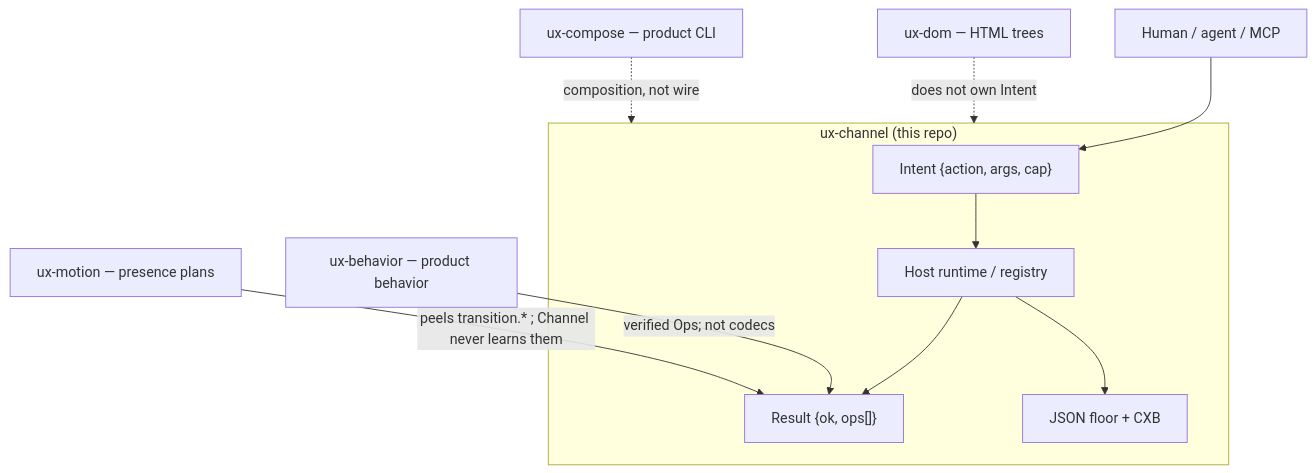
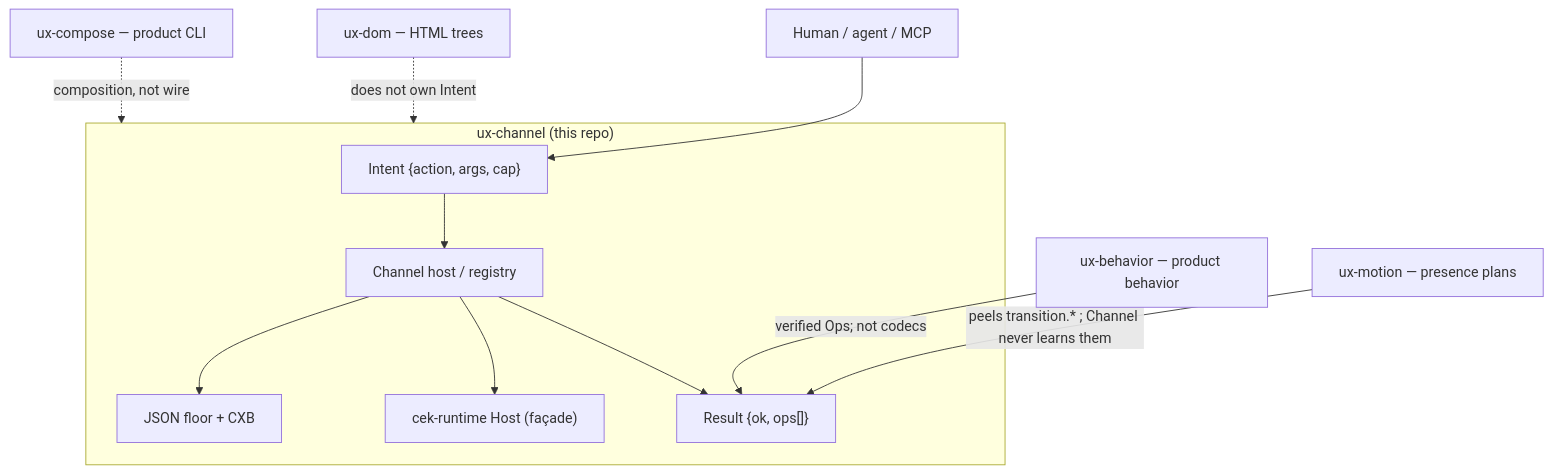
The first of 2 diagrams in docs/internals/c4.md (bitplorer/ux-channel), drawn with Mermaid before and after one commit. The commit also changed other lines of this file and 15 other files, not shown here.

First line of the commit message:
fix(cek): Host-only once under require + SPEC truth (cut #5A+B) (#22)

````diff
--- a/docs/internals/c4.md
+++ b/docs/internals/c4.md
@@ -11,20 +14,22 @@
 ```mermaid
 flowchart TB
   Human[Human / agent / MCP]
   subgraph this["ux-channel (this repo)"]
     Intent["Intent {action, args, cap}"]
-    Host["Host runtime / registry"]
+    Host["Channel host / registry"]
+    Cap["cek-runtime Host (façade)"]
     Result["Result {ok, ops[]}"]
     Wire["JSON floor + CXB"]
   end
   Dom["ux-dom — HTML trees"]
   Behavior["ux-behavior — product behavior"]
   Motion["ux-motion — presence plans"]
   Compose["ux-compose — product CLI"]
   Human --> Intent --> Host --> Result
+  Host --> Cap
   Host --> Wire
   Dom -.->|"does not own Intent"| this
   Behavior -->|"verified Ops; not codecs"| Result
   Motion -->|"peels transition.* ; Channel never learns them"| Result
   Compose -.->|"composition, not wire"| this
 ```
````
